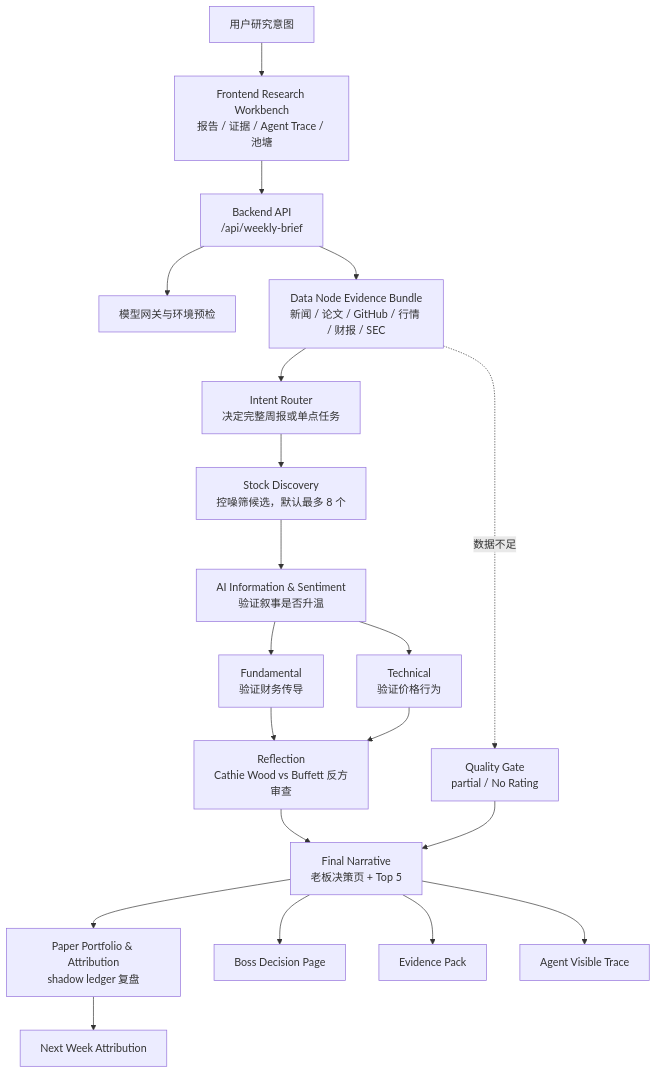
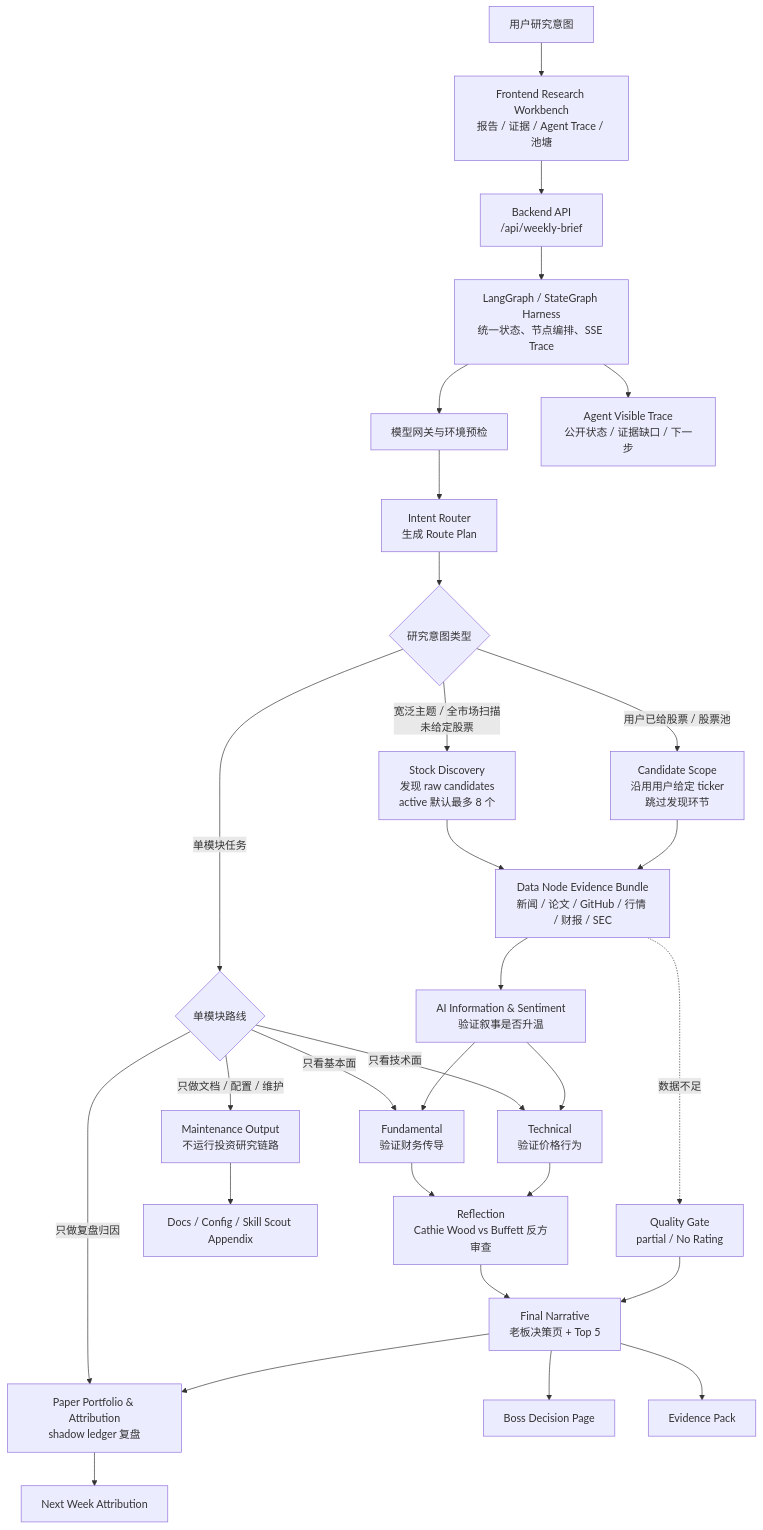
The diagram in README.md (berylinureye/ai-us-stock-research-agency), drawn with Mermaid before and after one commit. The commit also changed other lines of this file and 1 other file, not shown here.

Commit message:
docs: clarify intent-routed LangGraph workflow

````diff
--- a/README.md
+++ b/README.md
@@ -26,25 +25,38 @@
 ```mermaid
 flowchart TD
     U["用户研究意图"] --> FE["Frontend Research Workbench<br/>报告 / 证据 / Agent Trace / 池塘"]
     FE --> API["Backend API<br/>/api/weekly-brief"]
-    API --> PRE["模型网关与环境预检"]
-    API --> DATA["Data Node Evidence Bundle<br/>新闻 / 论文 / GitHub / 行情 / 财报 / SEC"]
+    API --> LG["LangGraph / StateGraph Harness<br/>统一状态、节点编排、SSE Trace"]
+    LG --> PRE["模型网关与环境预检"]
+    PRE --> R["Intent Router<br/>生成 Route Plan"]
 
-    DATA --> R["Intent Router<br/>决定完整周报或单点任务"]
-    R --> S["Stock Discovery<br/>控噪筛候选，默认最多 8 个"]
-    S --> I["AI Information & Sentiment<br/>验证叙事是否升温"]
-    I --> F["Fundamental<br/>验证财务传导"]
-    I --> T["Technical<br/>验证价格行为"]
+    R --> Q{"研究意图类型"}
+    Q -- "宽泛主题 / 全市场扫描<br/>未给定股票" --> S["Stock Discovery<br/>发现 raw candidates<br/>active 默认最多 8 个"]
+    Q -- "用户已给股票 / 股票池" --> CAND["Candidate Scope<br/>沿用用户给定 ticker<br/>跳过发现环节"]
+    Q -- "单模块任务" --> ONE{"单模块路线"}
+
+    S --> BUNDLE["Data Node Evidence Bundle<br/>新闻 / 论文 / GitHub / 行情 / 财报 / SEC"]
+    CAND --> BUNDLE
+
+    ONE -- "只看基本面" --> F["Fundamental<br/>验证财务传导"]
+    ONE -- "只看技术面" --> T["Technical<br/>验证价格行为"]
+    ONE -- "只做复盘归因" --> P["Paper Portfolio & Attribution<br/>shadow ledger 复盘"]
+    ONE -- "只做文档 / 配置 / 维护" --> M["Maintenance Output<br/>不运行投资研究链路"]
+
+    BUNDLE --> I["AI Information & Sentiment<br/>验证叙事是否升温"]
+    I --> F
+    I --> T
     F --> X["Reflection<br/>Cathie Wood vs Buffett 反方审查"]
     T --> X
-    X --> C["Final Narrative<br/>老板决策页 + Top 5"]
-    C --> P["Paper Portfolio & Attribution<br/>shadow ledger 复盘"]
+    X --> FN["Final Narrative<br/>老板决策页 + Top 5"]
+    FN --> P
 
-    C --> O1["Boss Decision Page"]
-    C --> O2["Evidence Pack"]
-    C --> O3["Agent Visible Trace"]
+    FN --> O1["Boss Decision Page"]
+    FN --> O2["Evidence Pack"]
+    LG --> O3["Agent Visible Trace<br/>公开状态 / 证据缺口 / 下一步"]
     P --> O4["Next Week Attribution"]
+    M --> O5["Docs / Config / Skill Scout Appendix"]
 
-    DATA -.数据不足.-> G["Quality Gate<br/>partial / No Rating"]
-    G --> C
+    BUNDLE -.数据不足.-> G["Quality Gate<br/>partial / No Rating"]
+    G --> FN
 ```
````
